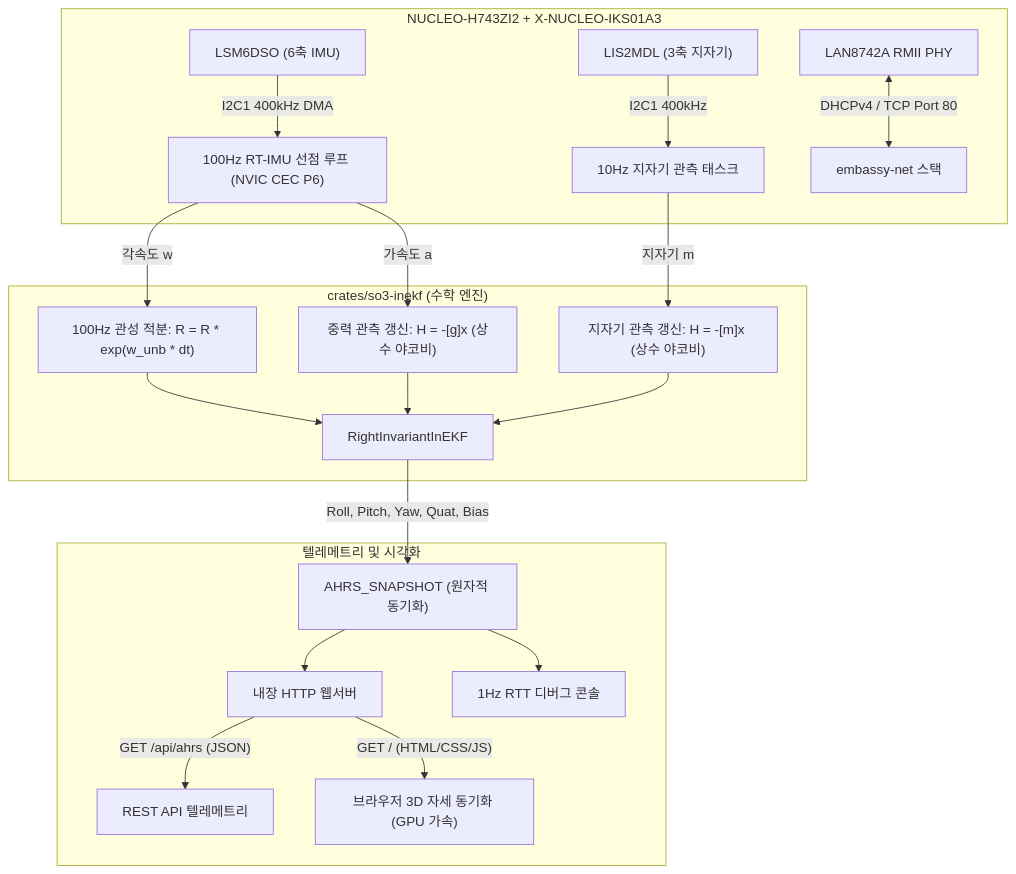
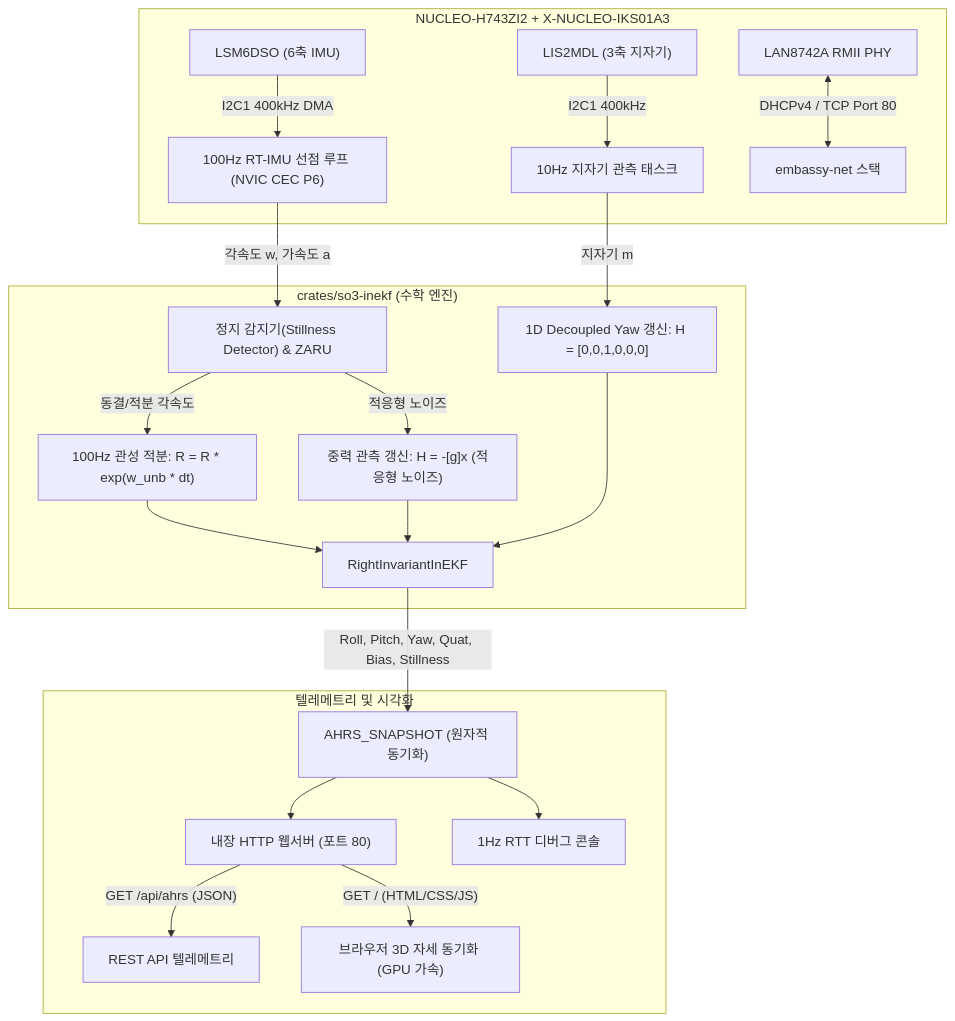
The diagram in examples/04_ahrs_so3_inekf/README.md (voidrobot/nucleo_h743zi2_rust), drawn with Mermaid before and after one commit. The commit also changed 3 other files, not shown here.

Commit message:
feat: implement stillness detection (ZARU) and decoupled 1D yaw mag update for SO(3) InEKF

````diff
--- a/examples/04_ahrs_so3_inekf/README.md
+++ b/examples/04_ahrs_so3_inekf/README.md
@@ -40,25 +40,26 @@
 ```mermaid
 flowchart TD
     subgraph Hardware ["NUCLEO-H743ZI2 + X-NUCLEO-IKS01A3"]
         LSM["LSM6DSO (6축 IMU)"] -->|"I2C1 400kHz DMA"| RT_Loop["100Hz RT-IMU 선점 루프 (NVIC CEC P6)"]
         LIS["LIS2MDL (3축 지자기)"] -->|"I2C1 400kHz"| Mag_Loop["10Hz 지자기 관측 태스크"]
         ETH["LAN8742A RMII PHY"] <-->|"DHCPv4 / TCP Port 80"| Net_Stack["embassy-net 스택"]
     end
 
     subgraph MathCore ["crates/so3-inekf (수학 엔진)"]
-        RT_Loop -->|"각속도 w"| Pred["100Hz 관성 적분: R = R * exp(w_unb * dt)"]
-        RT_Loop -->|"가속도 a"| Up_Acc["중력 관측 갱신: H = -[g]x (상수 야코비)"]
-        Mag_Loop -->|"지자기 m"| Up_Mag["지자기 관측 갱신: H = -[m]x (상수 야코비)"]
+        RT_Loop -->|"각속도 w, 가속도 a"| Still["정지 감지기(Stillness Detector) & ZARU"]
+        Still -->|"동결/적분 각속도"| Pred["100Hz 관성 적분: R = R * exp(w_unb * dt)"]
+        Still -->|"적응형 노이즈"| Up_Acc["중력 관측 갱신: H = -[g]x (적응형 노이즈)"]
+        Mag_Loop -->|"지자기 m"| Up_Mag["1D Decoupled Yaw 갱신: H = [0,0,1,0,0,0]"]
         Pred --> InEKF["RightInvariantInEKF"]
         Up_Acc --> InEKF
         Up_Mag --> InEKF
     end
 
     subgraph Output ["텔레메트리 및 시각화"]
-        InEKF -->|"Roll, Pitch, Yaw, Quat, Bias"| Snapshot["AHRS_SNAPSHOT (원자적 동기화)"]
-        Snapshot --> Web["내장 HTTP 웹서버"]
+        InEKF -->|"Roll, Pitch, Yaw, Quat, Bias, Stillness"| Snapshot["AHRS_SNAPSHOT (원자적 동기화)"]
+        Snapshot --> Web["내장 HTTP 웹서버 (포트 80)"]
         Snapshot --> RTT["1Hz RTT 디버그 콘솔"]
         Web -->|"GET /api/ahrs (JSON)"| RestAPI["REST API 텔레메트리"]
         Web -->|"GET / (HTML/CSS/JS)"| Dashboard3D["브라우저 3D 자세 동기화 (GPU 가속)"]
     end
 ```
````
